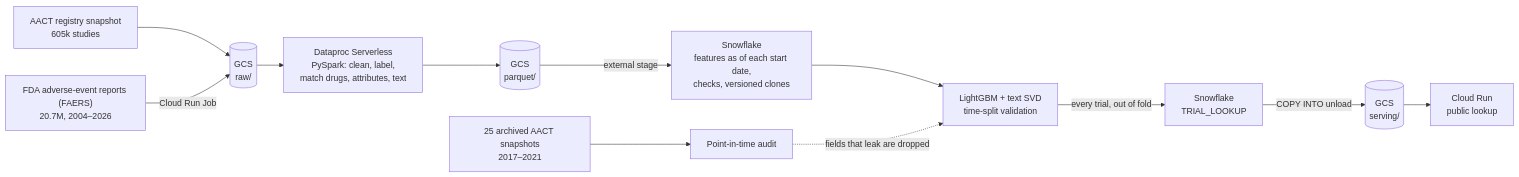
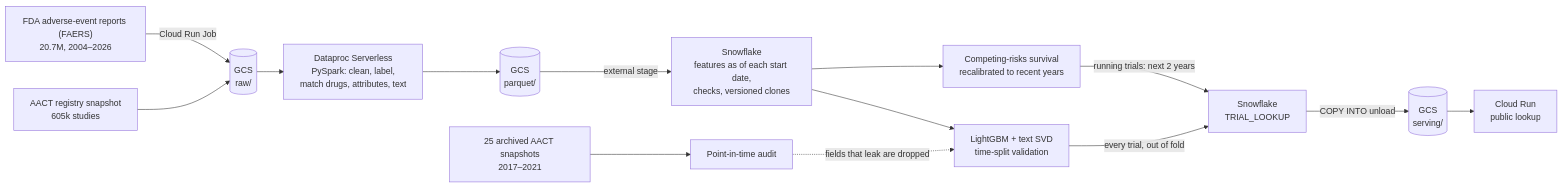
Before and after one commit to frankf1747/clinical_trial_risk_pipeline: the diagram in README.md, drawn with Mermaid. The commit also changed other lines of this file and 1 other file, not shown here.

````diff
--- a/README.md
+++ b/README.md
@@ -13,14 +38,16 @@
 ```mermaid
 flowchart LR
   A["AACT registry snapshot<br/>605k studies"] --> G1[("GCS<br/>raw/")]
   F["FDA adverse-event reports (FAERS)<br/>20.7M, 2004–2026"] -->|Cloud Run Job| G1
   G1 --> S["Dataproc Serverless<br/>PySpark: clean, label,<br/>match drugs, attributes, text"]
   S --> G2[("GCS<br/>parquet/")]
   G2 -->|external stage| W["Snowflake<br/>features as of each start date,<br/>checks, versioned clones"]
   W --> M["LightGBM + text SVD<br/>time-split validation"]
+  W --> SV["Competing-risks survival<br/>recalibrated to recent years"]
   M -->|every trial, out of fold| W2["Snowflake<br/>TRIAL_LOOKUP"]
+  SV -->|running trials: next 2 years| W2
   W2 -->|COPY INTO unload| G3[("GCS<br/>serving/")]
   G3 --> C["Cloud Run<br/>public lookup"]
   H["25 archived AACT snapshots<br/>2017–2021"] --> AU["Point-in-time audit"]
   AU -.->|fields that leak are dropped| M
 ```
````
